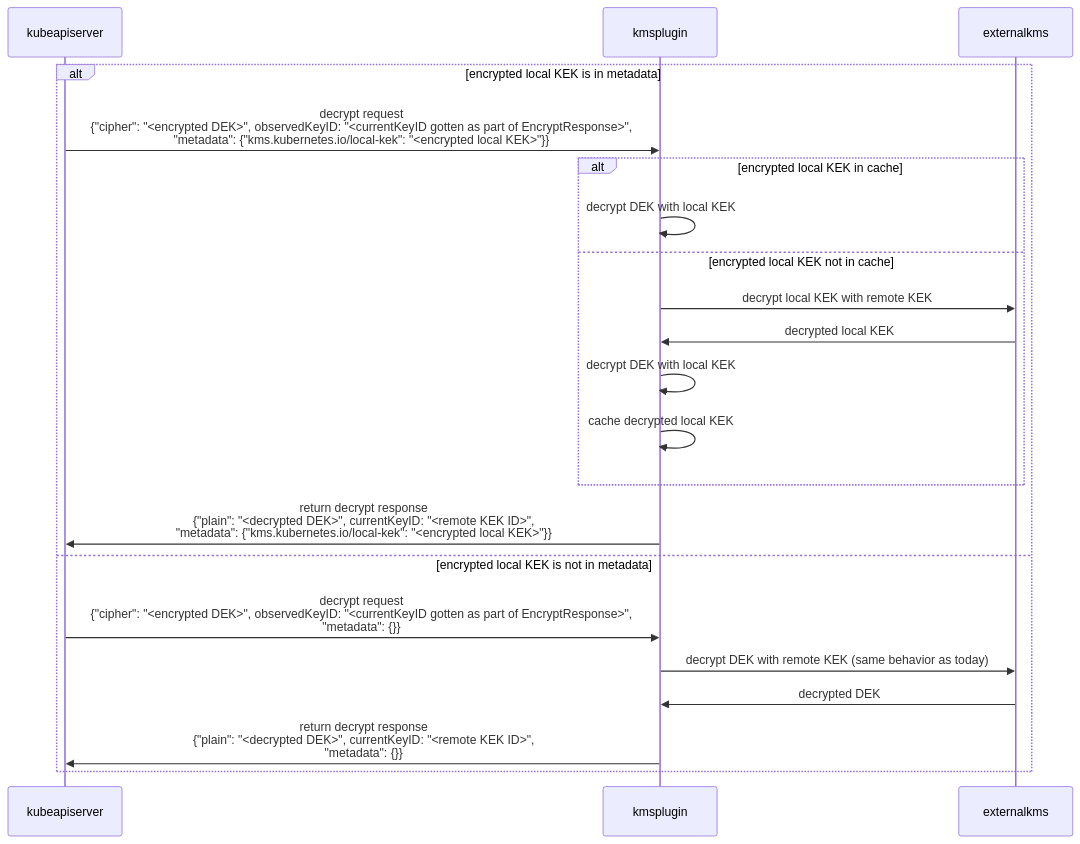
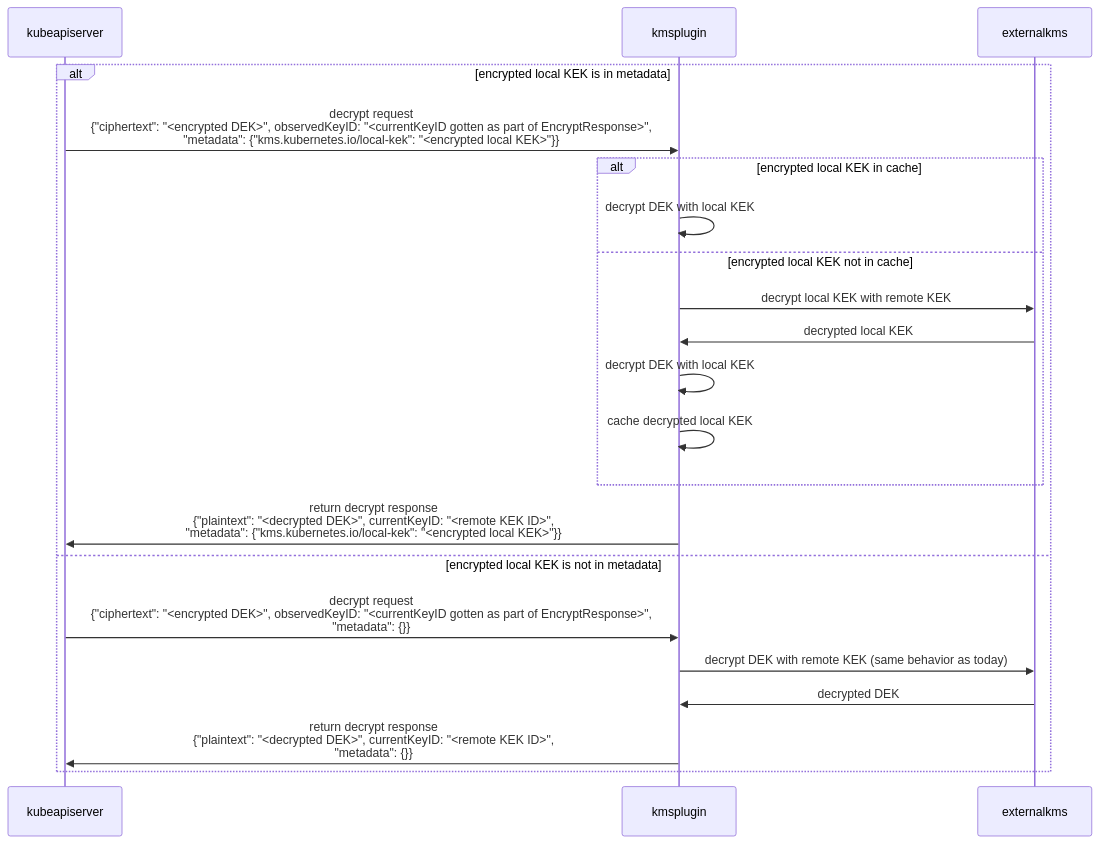
Before and after one commit to kubernetes/enhancements: the second of 2 diagrams in keps/sig-auth/3299-kms-v2-improvements/README.md, drawn with Mermaid. The commit also changed other lines of this file, not shown here.

Commit message:
Update cipher to ciphertext, plain to plaintext

````diff
--- a/keps/sig-auth/3299-kms-v2-improvements/README.md
+++ b/keps/sig-auth/3299-kms-v2-improvements/README.md
@@ -321,24 +321,24 @@
 ```mermaid
 sequenceDiagram
     participant kubeapiserver
     participant kmsplugin
     participant externalkms
     %% if local KEK in metadata, then using hierarchy
     alt encrypted local KEK is in metadata
-      kubeapiserver->>kmsplugin: decrypt request <br/> {"cipher": "<encrypted DEK>", observedKeyID: "<currentKeyID gotten as part of EncryptResponse>", <br/> "metadata": {"kms.kubernetes.io/local-kek": "<encrypted local KEK>"}}
+      kubeapiserver->>kmsplugin: decrypt request <br/> {"ciphertext": "<encrypted DEK>", observedKeyID: "<currentKeyID gotten as part of EncryptResponse>", <br/> "metadata": {"kms.kubernetes.io/local-kek": "<encrypted local KEK>"}}
         alt encrypted local KEK in cache
             kmsplugin->>kmsplugin: decrypt DEK with local KEK
         else encrypted local KEK not in cache
             kmsplugin->>externalkms: decrypt local KEK with remote KEK
             externalkms->>kmsplugin: decrypted local KEK
             kmsplugin->>kmsplugin: decrypt DEK with local KEK
             kmsplugin->>kmsplugin: cache decrypted local KEK
         end
-        kmsplugin->>kubeapiserver: return decrypt response <br/> {"plain": "<decrypted DEK>", currentKeyID: "<remote KEK ID>", <br/> "metadata": {"kms.kubernetes.io/local-kek": "<encrypted local KEK>"}}
+        kmsplugin->>kubeapiserver: return decrypt response <br/> {"plaintext": "<decrypted DEK>", currentKeyID: "<remote KEK ID>", <br/> "metadata": {"kms.kubernetes.io/local-kek": "<encrypted local KEK>"}}
     else encrypted local KEK is not in metadata
-        kubeapiserver->>kmsplugin: decrypt request <br/> {"cipher": "<encrypted DEK>", observedKeyID: "<currentKeyID gotten as part of EncryptResponse>", <br/> "metadata": {}}
+        kubeapiserver->>kmsplugin: decrypt request <br/> {"ciphertext": "<encrypted DEK>", observedKeyID: "<currentKeyID gotten as part of EncryptResponse>", <br/> "metadata": {}}
         kmsplugin->>externalkms: decrypt DEK with remote KEK (same behavior as today)
         externalkms->>kmsplugin: decrypted DEK
-        kmsplugin->>kubeapiserver: return decrypt response <br/> {"plain": "<decrypted DEK>", currentKeyID: "<remote KEK ID>", <br/> "metadata": {}}
+        kmsplugin->>kubeapiserver: return decrypt response <br/> {"plaintext": "<decrypted DEK>", currentKeyID: "<remote KEK ID>", <br/> "metadata": {}}
     end
 ```
````
